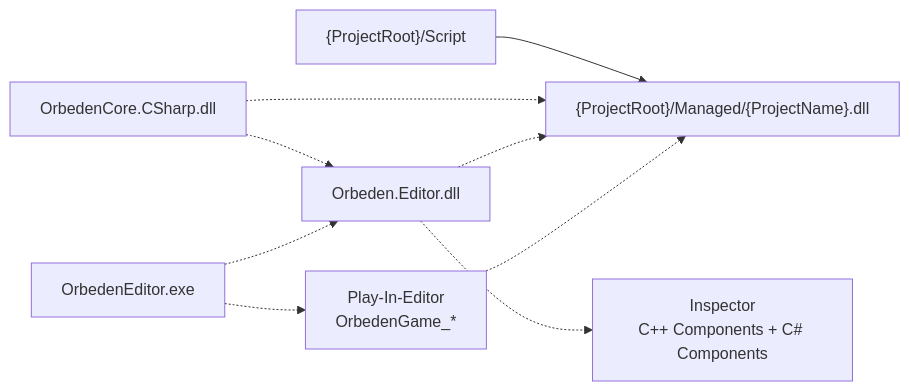
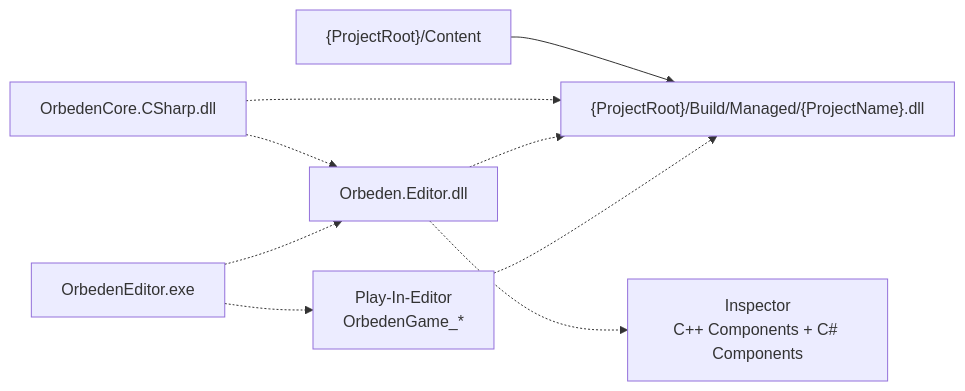
The third of 3 diagrams in Docs/BuildAndPackaging.md (REW-Z/orbeden), drawn with Mermaid before and after one commit. The commit also changed other lines of this file and 101 other files, not shown here.

Commit message:
dev:dev:content root and template writeback

````diff
--- a/Docs/BuildAndPackaging.md
+++ b/Docs/BuildAndPackaging.md
@@ -337,11 +337,11 @@
 ```mermaid
 flowchart LR
-    GameCs["{ProjectRoot}/Script"] --> GameDll["{ProjectRoot}/Managed/{ProjectName}.dll"]
+    GameCs["{ProjectRoot}/Content"] --> GameDll["{ProjectRoot}/Build/Managed/{ProjectName}.dll"]
     CoreSdk["OrbedenCore.CSharp.dll"] -.-> GameDll
     CoreSdk -.-> EditorDll["Orbeden.Editor.dll"]
     EditorExe["OrbedenEditor.exe"] -.-> EditorDll
     EditorDll -.-> Inspector["Inspector\nC++ Components + C# Components"]
     EditorDll -.-> GameDll
     EditorExe -.-> PIE["Play-In-Editor\nOrbedenGame_*"]
     PIE -.-> GameDll
 ```
````
